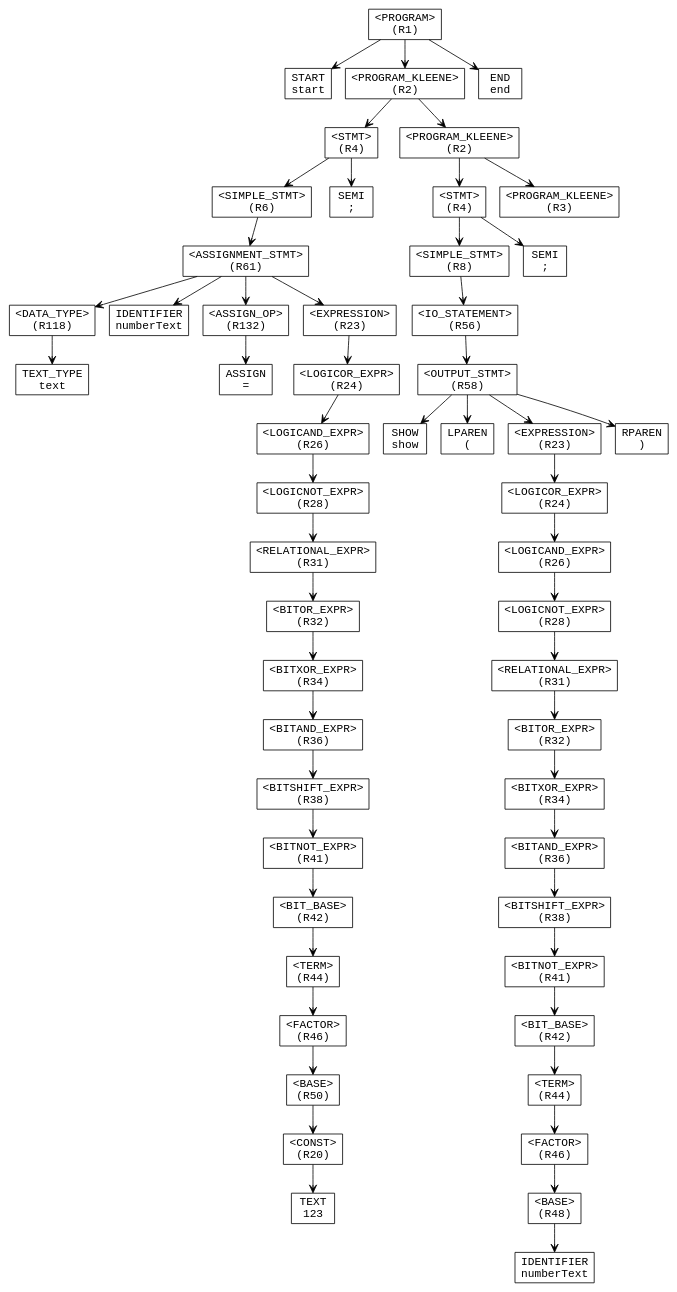
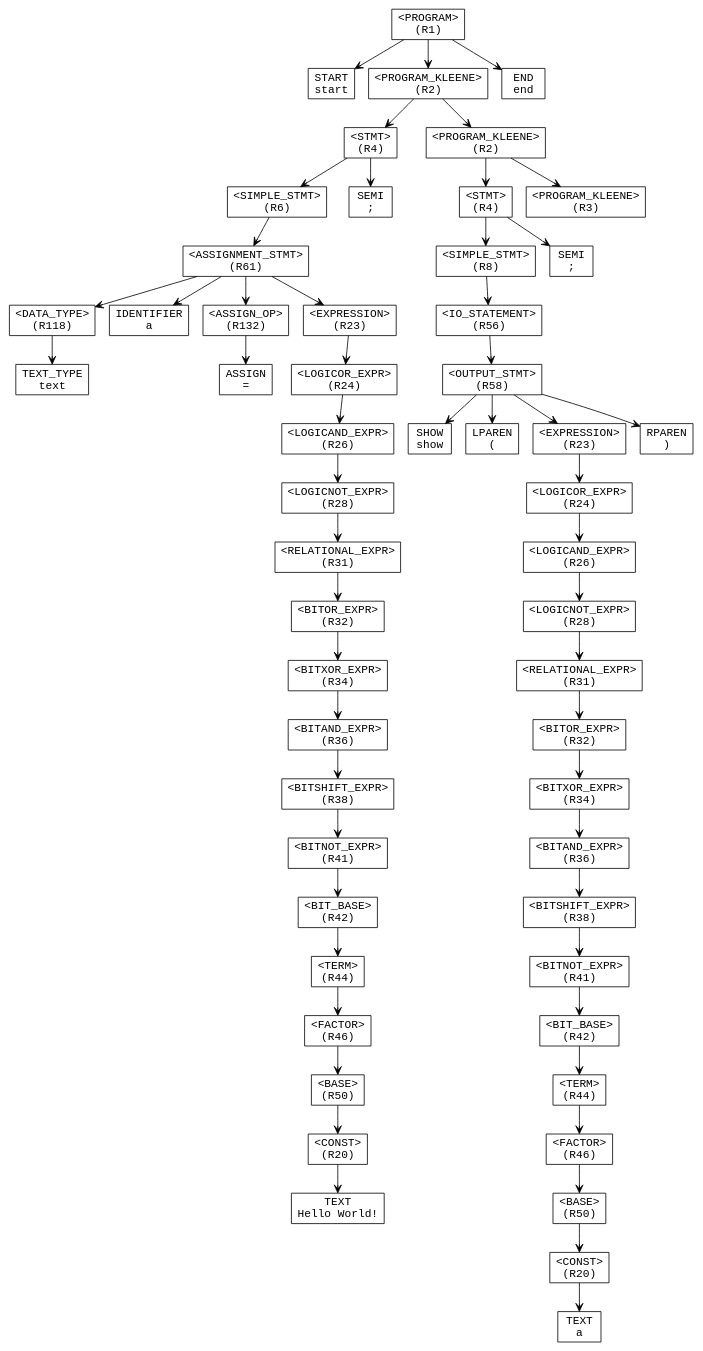
The diagram in parse_tree.dot (AjDesuuu/Upspyre-Programming-Language), drawn with Graphviz before and after one commit. The commit also changed 5 other files, not shown here.

```diff
--- a/parse_tree.dot
+++ b/parse_tree.dot
@@ -1,111 +1,113 @@
 digraph ParseTree {
   node [shape=box, fontname="Courier"];
   edge [arrowhead=vee];
   n1260246585 [label="<PROGRAM>\n(R1)"];
   n1563954645 [label="START\nstart"];
   n1260246585 -> n1563954645;
   n1951884968 [label="<PROGRAM_KLEENE>\n(R2)"];
   n1493128548 [label="<STMT>\n(R4)"];
   n2113334364 [label="<SIMPLE_STMT>\n(R6)"];
   n1622999186 [label="<ASSIGNMENT_STMT>\n(R61)"];
   n797988875 [label="<DATA_TYPE>\n(R118)"];
   n224816360 [label="TEXT_TYPE\ntext"];
   n797988875 -> n224816360;
   n1622999186 -> n797988875;
-  n1203303700 [label="IDENTIFIER\nnumberText"];
+  n1203303700 [label="IDENTIFIER\na"];
   n1622999186 -> n1203303700;
   n1326044385 [label="<ASSIGN_OP>\n(R132)"];
   n1651805451 [label="ASSIGN\n="];
   n1326044385 -> n1651805451;
   n1622999186 -> n1326044385;
   n1548463233 [label="<EXPRESSION>\n(R23)"];
   n1557914185 [label="<LOGICOR_EXPR>\n(R24)"];
   n1567919087 [label="<LOGICAND_EXPR>\n(R26)"];
   n464411039 [label="<LOGICNOT_EXPR>\n(R28)"];
   n444649935 [label="<RELATIONAL_EXPR>\n(R31)"];
   n424325500 [label="<BITOR_EXPR>\n(R32)"];
   n1612212809 [label="<BITXOR_EXPR>\n(R34)"];
   n152282484 [label="<BITAND_EXPR>\n(R36)"];
   n352387888 [label="<BITSHIFT_EXPR>\n(R38)"];
   n1502384573 [label="<BITNOT_EXPR>\n(R41)"];
   n2053501671 [label="<BIT_BASE>\n(R42)"];
   n1858719962 [label="<TERM>\n(R44)"];
   n1942767280 [label="<FACTOR>\n(R46)"];
   n1324363789 [label="<BASE>\n(R50)"];
   n467075582 [label="<CONST>\n(R20)"];
-  n1001938270 [label="TEXT\n123"];
+  n1001938270 [label="TEXT\nHello World!"];
   n467075582 -> n1001938270;
   n1324363789 -> n467075582;
   n1942767280 -> n1324363789;
   n1858719962 -> n1942767280;
   n2053501671 -> n1858719962;
   n1502384573 -> n2053501671;
   n352387888 -> n1502384573;
   n152282484 -> n352387888;
   n1612212809 -> n152282484;
   n424325500 -> n1612212809;
   n444649935 -> n424325500;
   n464411039 -> n444649935;
   n1567919087 -> n464411039;
   n1557914185 -> n1567919087;
   n1548463233 -> n1557914185;
   n1622999186 -> n1548463233;
   n2113334364 -> n1622999186;
   n1493128548 -> n2113334364;
   n709915999 [label="SEMI\n;"];
   n1493128548 -> n709915999;
   n1951884968 -> n1493128548;
   n1710180416 [label="<PROGRAM_KLEENE>\n(R2)"];
   n1175743986 [label="<STMT>\n(R4)"];
   n1061132995 [label="<SIMPLE_STMT>\n(R8)"];
   n384625398 [label="<IO_STATEMENT>\n(R56)"];
   n157158691 [label="<OUTPUT_STMT>\n(R58)"];
   n1824557575 [label="SHOW\nshow"];
   n157158691 -> n1824557575;
   n803929310 [label="LPAREN\n("];
   n157158691 -> n803929310;
   n1579161743 [label="<EXPRESSION>\n(R23)"];
   n669921661 [label="<LOGICOR_EXPR>\n(R24)"];
   n1335232309 [label="<LOGICAND_EXPR>\n(R26)"];
   n937561621 [label="<LOGICNOT_EXPR>\n(R28)"];
   n1767410694 [label="<RELATIONAL_EXPR>\n(R31)"];
   n1072381321 [label="<BITOR_EXPR>\n(R32)"];
   n1086008046 [label="<BITXOR_EXPR>\n(R34)"];
   n1728976458 [label="<BITAND_EXPR>\n(R36)"];
   n1251712529 [label="<BITSHIFT_EXPR>\n(R38)"];
   n746255806 [label="<BITNOT_EXPR>\n(R41)"];
   n890193541 [label="<BIT_BASE>\n(R42)"];
   n581216808 [label="<TERM>\n(R44)"];
   n886686587 [label="<FACTOR>\n(R46)"];
-  n1341458267 [label="<BASE>\n(R48)"];
-  n88910 [label="IDENTIFIER\nnumberText"];
+  n1341458267 [label="<BASE>\n(R50)"];
+  n88910 [label="<CONST>\n(R20)"];
+  n124998796 [label="TEXT\na"];
+  n88910 -> n124998796;
   n1341458267 -> n88910;
   n886686587 -> n1341458267;
   n581216808 -> n886686587;
   n890193541 -> n581216808;
   n746255806 -> n890193541;
   n1251712529 -> n746255806;
   n1728976458 -> n1251712529;
   n1086008046 -> n1728976458;
   n1072381321 -> n1086008046;
   n1767410694 -> n1072381321;
   n937561621 -> n1767410694;
   n1335232309 -> n937561621;
   n669921661 -> n1335232309;
   n1579161743 -> n669921661;
   n157158691 -> n1579161743;
-  n124998796 [label="RPAREN\n)"];
-  n157158691 -> n124998796;
+  n2110491906 [label="RPAREN\n)"];
+  n157158691 -> n2110491906;
   n384625398 -> n157158691;
   n1061132995 -> n384625398;
   n1175743986 -> n1061132995;
-  n2110491906 [label="SEMI\n;"];
-  n1175743986 -> n2110491906;
+  n451121727 [label="SEMI\n;"];
+  n1175743986 -> n451121727;
   n1710180416 -> n1175743986;
-  n451121727 [label="<PROGRAM_KLEENE>\n(R3)"];
-  n1710180416 -> n451121727;
+  n280129798 [label="<PROGRAM_KLEENE>\n(R3)"];
+  n1710180416 -> n280129798;
   n1951884968 -> n1710180416;
   n1260246585 -> n1951884968;
-  n280129798 [label="END\nend"];
-  n1260246585 -> n280129798;
+  n234393768 [label="END\nend"];
+  n1260246585 -> n234393768;
 }
```
